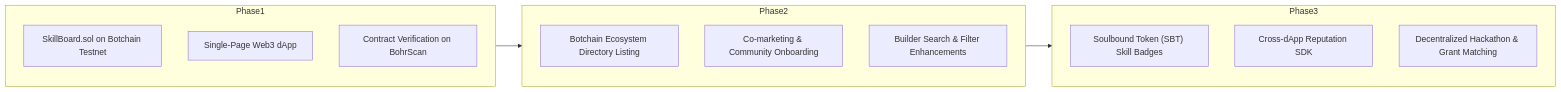
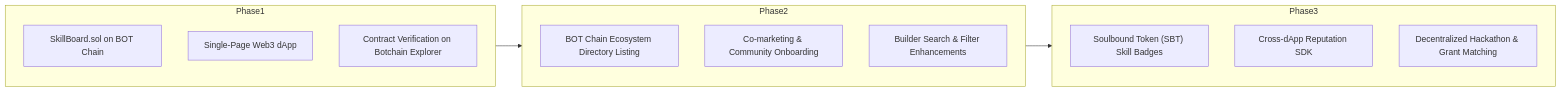
One commit to liljhnxn/skillboard changed the diagram in WHITEPAPER.md. Above: the diagram before and after it, drawn with Mermaid. The commit also changed other lines of this file and 9 other files, not shown here.

Commit message:
feat: completely remove testnet references and add BOT Chain website and explorer links to footer

````diff
--- a/WHITEPAPER.md
+++ b/WHITEPAPER.md
@@ -115,23 +115,23 @@
 ```mermaid
 flowchart LR
     Phase1["Phase 1: Genesis (Completed)"] --> Phase2["Phase 2: Ecosystem Growth"]
     Phase2 --> Phase3["Phase 3: Protocol Expansion"]
 
     subgraph Phase1
-    P1A["SkillBoard.sol on Botchain Testnet"]
+    P1A["SkillBoard.sol on BOT Chain"]
     P1B["Single-Page Web3 dApp"]
-    P1C["Contract Verification on BohrScan"]
+    P1C["Contract Verification on Botchain Explorer"]
     end
 
     subgraph Phase2
-    P2A["Botchain Ecosystem Directory Listing"]
+    P2A["BOT Chain Ecosystem Directory Listing"]
     P2B["Co-marketing & Community Onboarding"]
     P2C["Builder Search & Filter Enhancements"]
     end
 
     subgraph Phase3
     P3A["Soulbound Token (SBT) Skill Badges"]
     P3B["Cross-dApp Reputation SDK"]
     P3C["Decentralized Hackathon & Grant Matching"]
     end
 ```
````
